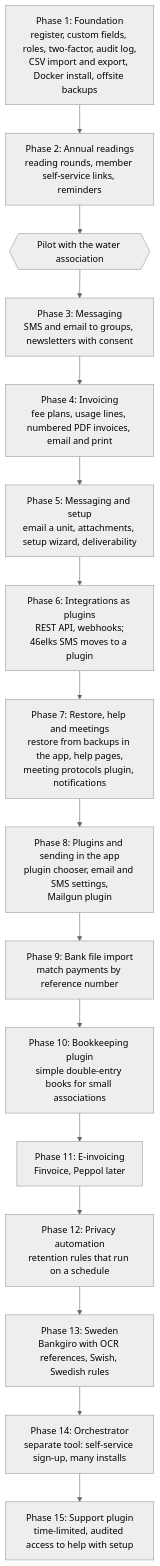
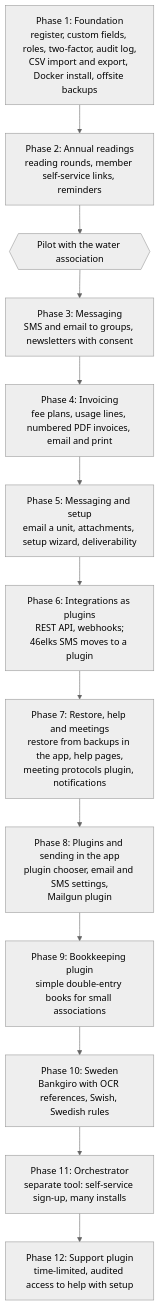
Before and after one commit to savv3/Metra: the second of 2 diagrams in docs/architecture.md, drawn with Mermaid (neutral theme). The commit also changed other lines of this file and 1 other file, not shown here.

First line of the commit message:
Roadmap: move bank import, e-invoicing and privacy automation to might-do-later

````diff
--- a/docs/architecture.md
+++ b/docs/architecture.md
@@ -155,20 +155,17 @@
 ```mermaid
 flowchart TD
     p1[Phase 1: Foundation<br/>register, custom fields, roles, two-factor, audit log,<br/>CSV import and export, Docker install, offsite backups]
     p2[Phase 2: Annual readings<br/>reading rounds, member self-service links, reminders]
     gate{{Pilot with the water association}}
     p3[Phase 3: Messaging<br/>SMS and email to groups, newsletters with consent]
     p4[Phase 4: Invoicing<br/>fee plans, usage lines, numbered PDF invoices, email and print]
     p5[Phase 5: Messaging and setup<br/>email a unit, attachments, setup wizard, deliverability]
     p6[Phase 6: Integrations as plugins<br/>REST API, webhooks;<br/>46elks SMS moves to a plugin]
     p7[Phase 7: Restore, help and meetings<br/>restore from backups in the app, help pages,<br/>meeting protocols plugin, notifications]
     p8[Phase 8: Plugins and sending in the app<br/>plugin chooser, email and SMS settings,<br/>Mailgun plugin]
-    p9[Phase 9: Bank file import<br/>match payments by reference number]
-    p10[Phase 10: Bookkeeping plugin<br/>simple double-entry books for small associations]
-    p11[Phase 11: E-invoicing<br/>Finvoice, Peppol later]
-    p12[Phase 12: Privacy automation<br/>retention rules that run on a schedule]
-    p13[Phase 13: Sweden<br/>Bankgiro with OCR references, Swish, Swedish rules]
-    p14[Phase 14: Orchestrator<br/>separate tool: self-service sign-up, many installs]
-    p15[Phase 15: Support plugin<br/>time-limited, audited access to help with setup]
-    p1 --> p2 --> gate --> p3 --> p4 --> p5 --> p6 --> p7 --> p8 --> p9 --> p10 --> p11 --> p12 --> p13 --> p14 --> p15
+    p9[Phase 9: Bookkeeping plugin<br/>simple double-entry books for small associations]
+    p10[Phase 10: Sweden<br/>Bankgiro with OCR references, Swish, Swedish rules]
+    p11[Phase 11: Orchestrator<br/>separate tool: self-service sign-up, many installs]
+    p12[Phase 12: Support plugin<br/>time-limited, audited access to help with setup]
+    p1 --> p2 --> gate --> p3 --> p4 --> p5 --> p6 --> p7 --> p8 --> p9 --> p10 --> p11 --> p12
 ```
````
